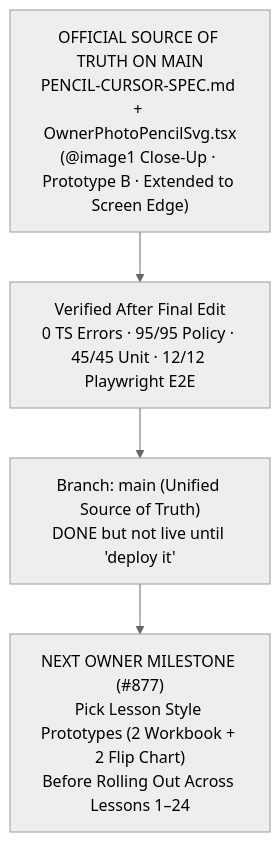
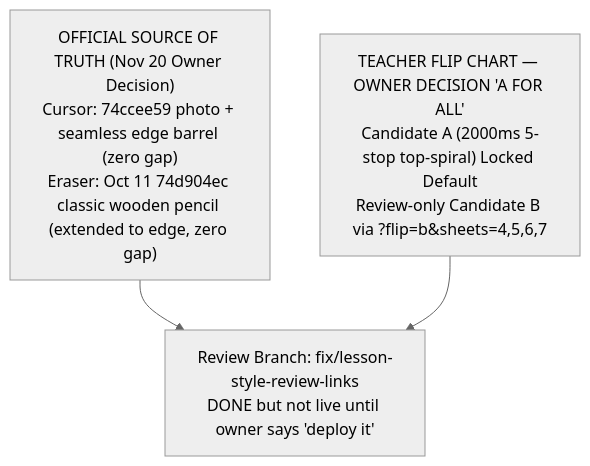
The diagram in docs/OWNER-VISUAL-STATUS.md (ejnburrows-rgb/cartilla-de-gretel), drawn with Mermaid (neutral theme) before and after one commit. The commit also changed other lines of this file and 30 other files, not shown here.

First line of the commit message:
Lock owner-approved pencil, eraser, Option A defaults, layout & audio fixes (#1316)

````diff
--- a/docs/OWNER-VISUAL-STATUS.md
+++ b/docs/OWNER-VISUAL-STATUS.md
@@ -16,9 +17,9 @@
 ```mermaid
 flowchart TD
-    SPEC["OFFICIAL SOURCE OF TRUTH ON MAIN<br/>PENCIL-CURSOR-SPEC.md + OwnerPhotoPencilSvg.tsx<br/>(@image1 Close-Up · Prototype B · Extended to Screen Edge)"]
-    TEST["Verified After Final Edit<br/>0 TS Errors · 95/95 Policy · 45/45 Unit · 12/12 Playwright E2E"]
-    MAIN["Branch: main (Unified Source of Truth)<br/>DONE but not live until 'deploy it'"]
-    NEXT["NEXT OWNER MILESTONE (#877)<br/>Pick Lesson Style Prototypes (2 Workbook + 2 Flip Chart)<br/>Before Rolling Out Across Lessons 1–24"]
+    SPEC["OFFICIAL SOURCE OF TRUTH (Nov 20 Owner Decision)<br/>Cursor: 74ccee59 photo + seamless edge barrel (zero gap)<br/>Eraser: Oct 11 74d904ec classic wooden pencil (extended to edge, zero gap)"]
+    FC["TEACHER FLIP CHART — OWNER DECISION 'A FOR ALL'<br/>Candidate A (2000ms 5-stop top-spiral) Locked Default<br/>Review-only Candidate B via ?flip=b&sheets=4,5,6,7"]
+    MAIN["Review Branch: fix/lesson-style-review-links<br/>DONE but not live until owner says 'deploy it'"]
 
-    SPEC --> TEST --> MAIN --> NEXT
+    SPEC --> MAIN
+    FC --> MAIN
 ```
````
